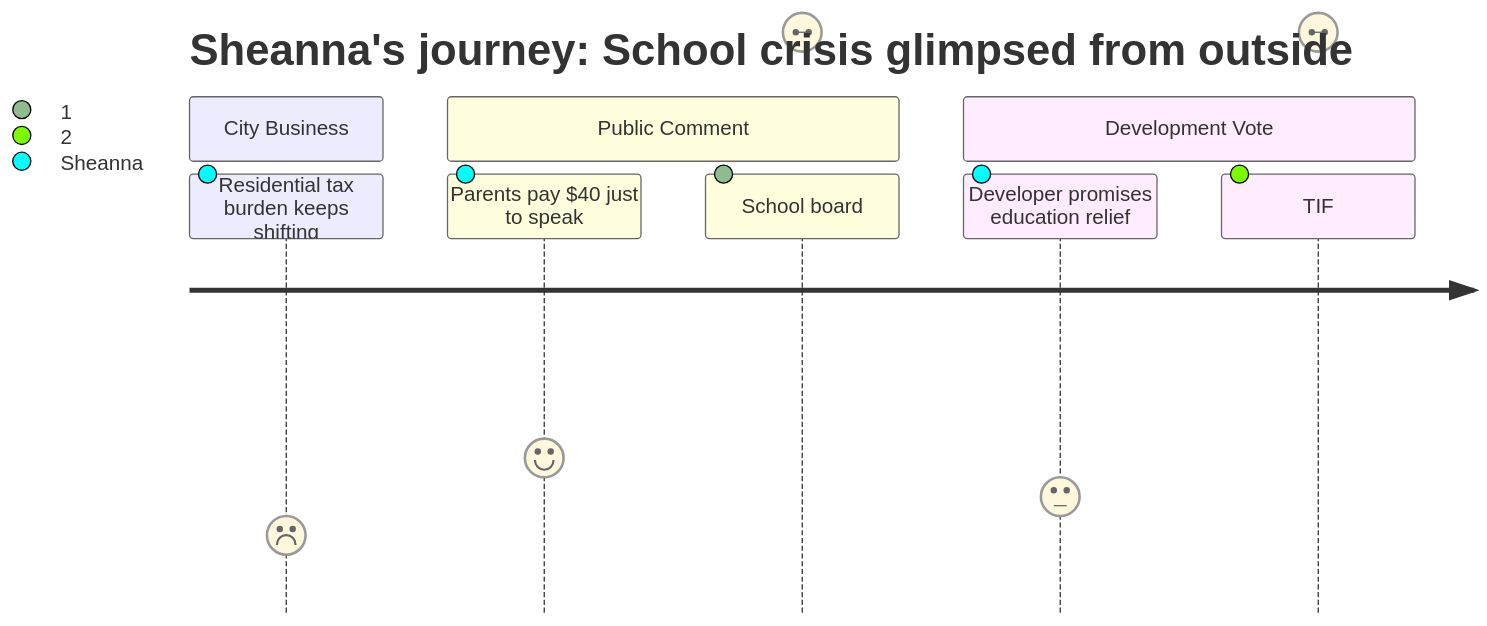
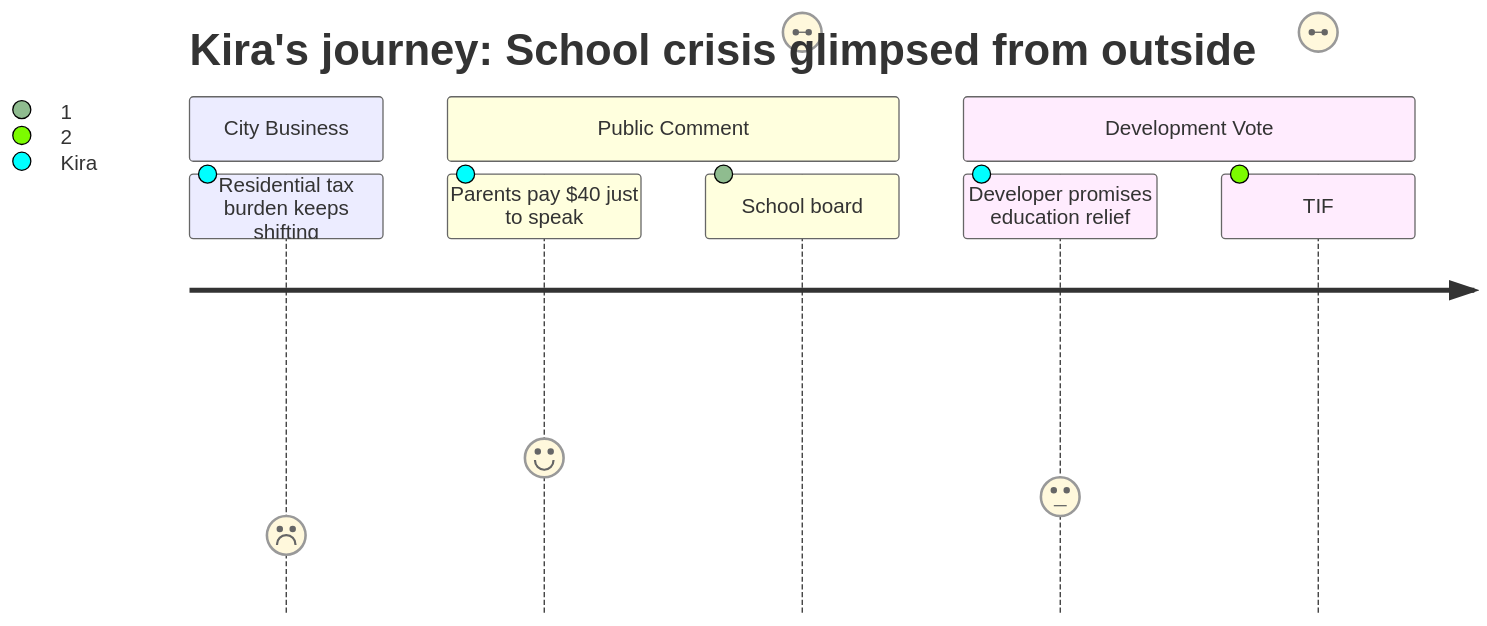
The diagram in data/interpretation/meetings/2025-12-09-city-council/PERSONA-015.md (cristoslc/2026-south-portland-school-budget), drawn with Mermaid before and after one commit. The commit also changed other lines of this file and 45 other files, not shown here.

````diff
--- a/data/interpretation/meetings/2025-12-09-city-council/PERSONA-015.md
+++ b/data/interpretation/meetings/2025-12-09-city-council/PERSONA-015.md
@@ -61,12 +61,12 @@
 ```mermaid
 journey
-    title Sheanna's journey: School crisis glimpsed from outside
+    title Kira's journey: School crisis glimpsed from outside
     section City Business
-        Residential tax burden keeps shifting: 2: Sheanna
+        Residential tax burden keeps shifting: 2: Kira
     section Public Comment
-        Parents pay $40 just to speak: 4: Sheanna
-        School board: budget season starts now: 1: Sheanna
+        Parents pay $40 just to speak: 4: Kira
+        School board: budget season starts now: 1: Kira
     section Development Vote
-        Developer promises education relief: 3: Sheanna
-        TIF: 50% rebate for 30 years: 2: Sheanna
+        Developer promises education relief: 3: Kira
+        TIF: 50% rebate for 30 years: 2: Kira
 ```
````
